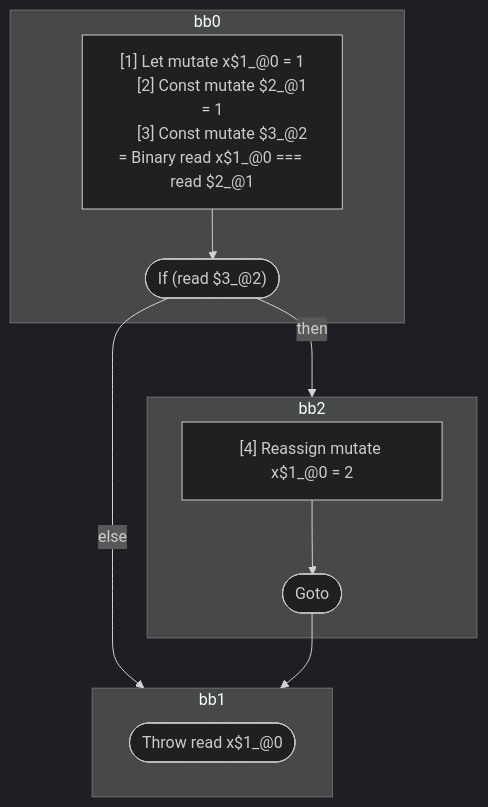
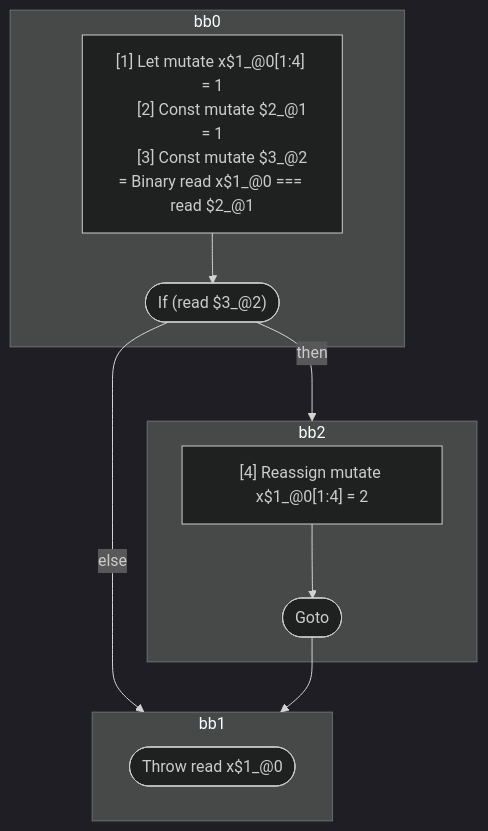
The diagram in compiler/forget/src/__tests__/fixtures/hir/ssa-throw.expect.md (wutsmog/private), drawn with Mermaid (dark theme) before and after one commit. The commit also changed other lines of this file and 33 other files, not shown here.

````diff
--- a/compiler/forget/src/__tests__/fixtures/hir/ssa-throw.expect.md
+++ b/compiler/forget/src/__tests__/fixtures/hir/ssa-throw.expect.md
@@ -34,27 +34,27 @@
 ```mermaid
 flowchart TB
   %% Basic Blocks
   subgraph bb0
     bb0_instrs["
-      [1] Let mutate x$1_@0 = 1
+      [1] Let mutate x$1_@0[1:4] = 1
       [2] Const mutate $2_@1 = 1
       [3] Const mutate $3_@2 = Binary read x$1_@0 === read $2_@1
     "]
     bb0_instrs --> bb0_terminal(["If (read $3_@2)"])
   end
   subgraph bb2
     bb2_instrs["
-      [4] Reassign mutate x$1_@0 = 2
+      [4] Reassign mutate x$1_@0[1:4] = 2
     "]
     bb2_instrs --> bb2_terminal(["Goto"])
   end
   subgraph bb1
     bb1_terminal(["Throw read x$1_@0"])
   end
 
   %% Jumps
   bb0_terminal -- then --> bb2
   bb0_terminal -- else --> bb1
   bb2_terminal --> bb1
 
 ```
````
